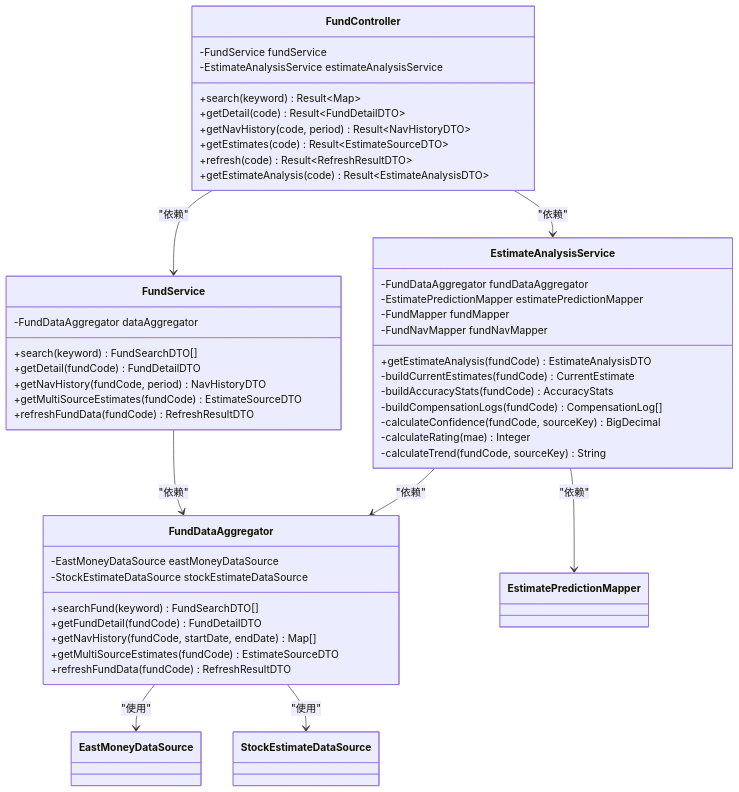
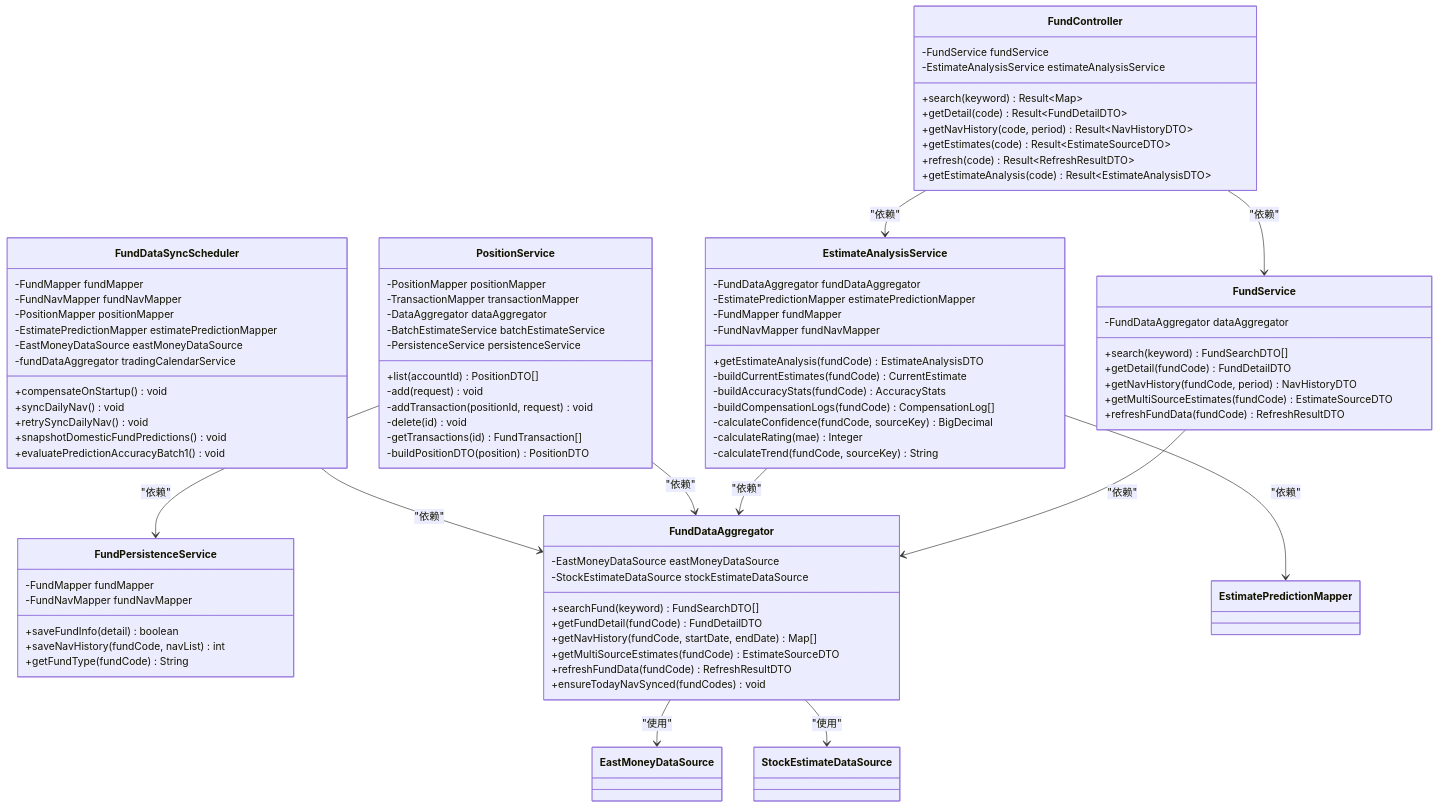
The second of 28 diagrams in .qoder/repowiki/zh/content/核心功能开发/FundController增强.md (gree-coder/fund-butler), drawn with Mermaid before and after one commit. The commit also changed other lines of this file and 7 other files, not shown here.

````diff
--- a/.qoder/repowiki/zh/content/核心功能开发/FundController增强.md
+++ b/.qoder/repowiki/zh/content/核心功能开发/FundController增强.md
@@ -135,6 +142,39 @@
 -calculateRating(mae) Integer
 -calculateTrend(fundCode, sourceKey) String
 }
+class PositionService {
+-PositionMapper positionMapper
+-TransactionMapper transactionMapper
+-DataAggregator dataAggregator
+-BatchEstimateService batchEstimateService
+-PersistenceService persistenceService
++list(accountId) PositionDTO[]
+-add(request) void
+-addTransaction(positionId, request) void
+-delete(id) void
+-getTransactions(id) FundTransaction[]
+-buildPositionDTO(position) PositionDTO
+}
+class FundPersistenceService {
+-FundMapper fundMapper
+-FundNavMapper fundNavMapper
++saveFundInfo(detail) boolean
++saveNavHistory(fundCode, navList) int
++getFundType(fundCode) String
+}
+class FundDataSyncScheduler {
+-FundMapper fundMapper
+-FundNavMapper fundNavMapper
+-PositionMapper positionMapper
+-EstimatePredictionMapper estimatePredictionMapper
+-EastMoneyDataSource eastMoneyDataSource
+-fundDataAggregator tradingCalendarService
++compensateOnStartup() void
++syncDailyNav() void
++retrySyncDailyNav() void
++snapshotDomesticFundPredictions() void
++evaluatePredictionAccuracyBatch1() void
+}
 class FundDataAggregator {
 -EastMoneyDataSource eastMoneyDataSource
 -StockEstimateDataSource stockEstimateDataSource
@@ -143,12 +183,16 @@
 +getNavHistory(fundCode, startDate, endDate) Map[]
 +getMultiSourceEstimates(fundCode) EstimateSourceDTO
 +refreshFundData(fundCode) RefreshResultDTO
++ensureTodayNavSynced(fundCodes) void
 }
 FundController --> FundService : "依赖"
 FundController --> EstimateAnalysisService : "依赖"
 FundService --> FundDataAggregator : "依赖"
 EstimateAnalysisService --> FundDataAggregator : "依赖"
 EstimateAnalysisService --> EstimatePredictionMapper : "依赖"
+PositionService --> FundDataAggregator : "依赖"
+PositionService --> FundPersistenceService : "依赖"
+FundDataSyncScheduler --> FundDataAggregator : "依赖"
 FundDataAggregator --> EastMoneyDataSource : "使用"
 FundDataAggregator --> StockEstimateDataSource : "使用"
 ```
````
